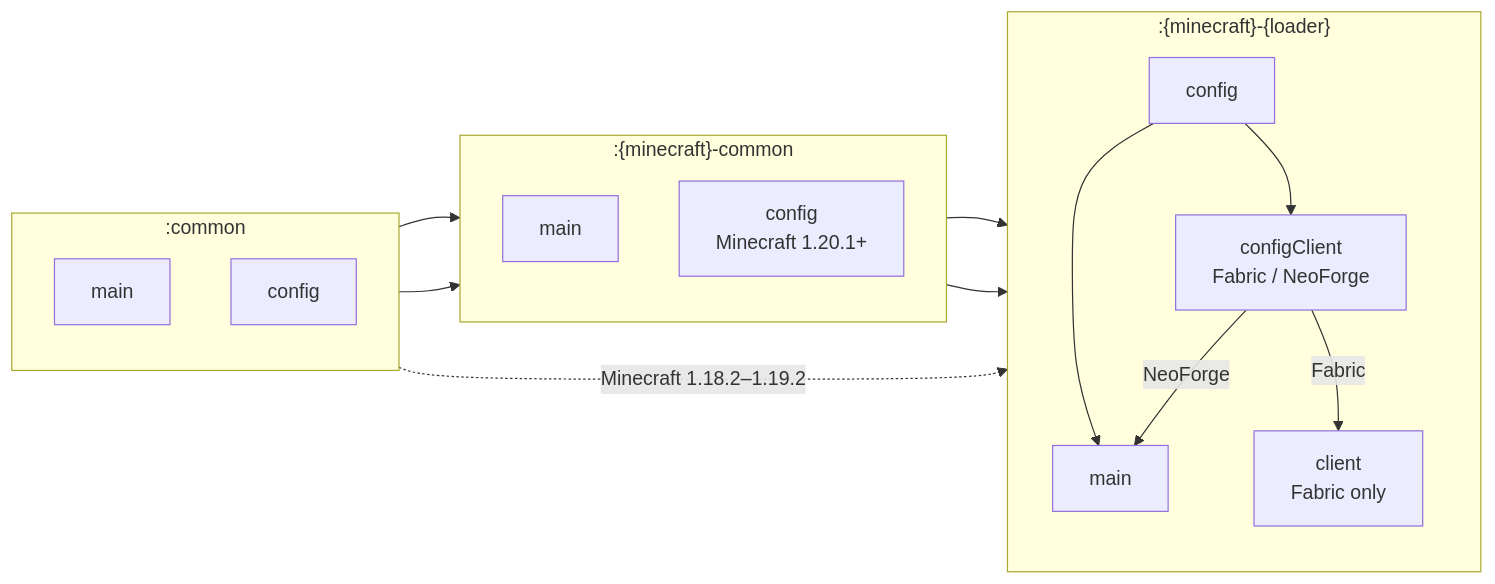
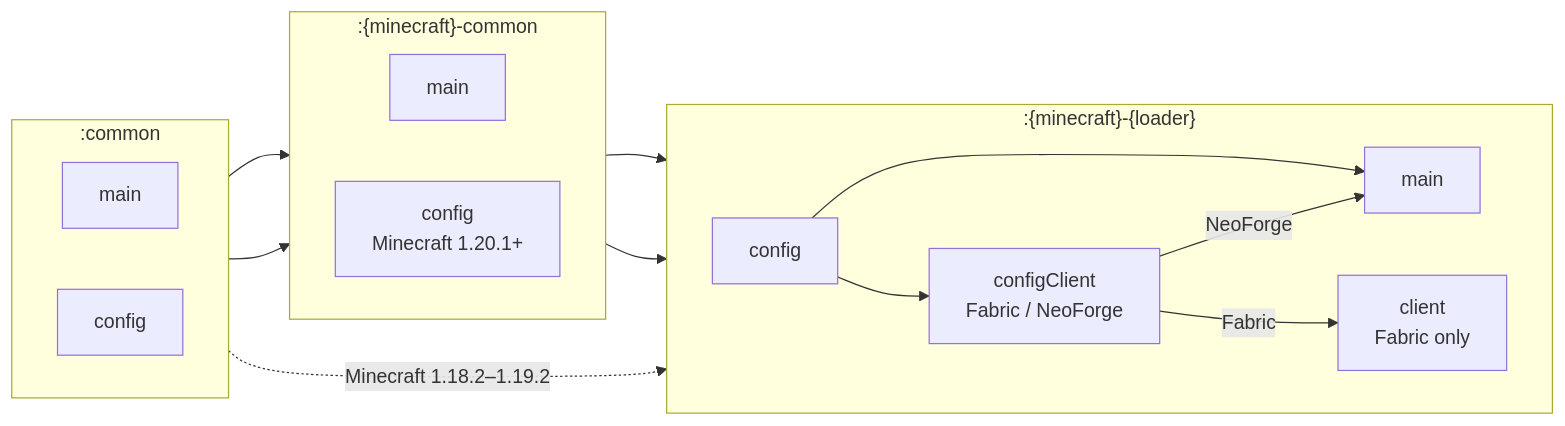
Before and after one commit to Meatwo310/custom-mdk: the second of 2 diagrams in docs/README.md, drawn with Mermaid.

Commit message:
mdk(fix): subgraph direction

````diff
--- a/docs/README.md
+++ b/docs/README.md
@@ -170,32 +170,32 @@
 ```mermaid
 flowchart LR
     subgraph shared[":common"]
-        direction TB
+        direction LR
         sharedMain["main"]
         sharedConfig["config"]
     end
 
     subgraph version[":{minecraft}-common"]
-        direction TB
+        direction LR
         versionMain["main"]
         versionConfig["config<br/>Minecraft 1.20.1+"]
     end
 
     subgraph loader[":{minecraft}-{loader}"]
-        direction TB
+        direction LR
         loaderMain["main"]
         loaderConfig["config"]
         configClient["configClient<br/>Fabric / NeoForge"]
         loaderClient["client<br/>Fabric only"]
     end
 
     sharedMain --> versionMain --> loaderMain
 
     sharedConfig --> versionConfig --> loaderConfig
     sharedConfig -. "Minecraft 1.18.2–1.19.2" .-> loaderConfig
 
     loaderConfig --> loaderMain
     loaderConfig --> configClient
     configClient -->|Fabric| loaderClient
     configClient -->|NeoForge| loaderMain
 ```
````
